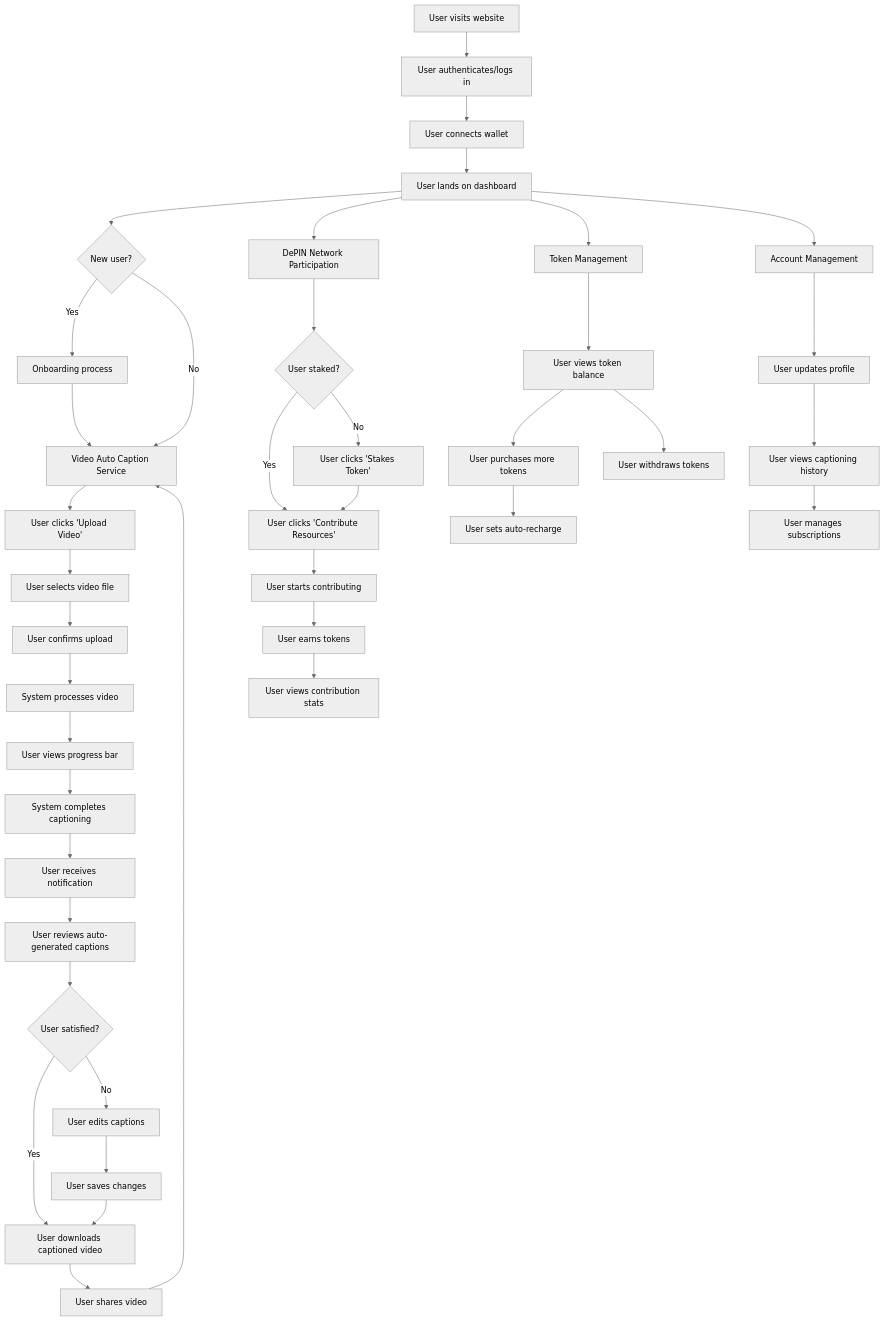
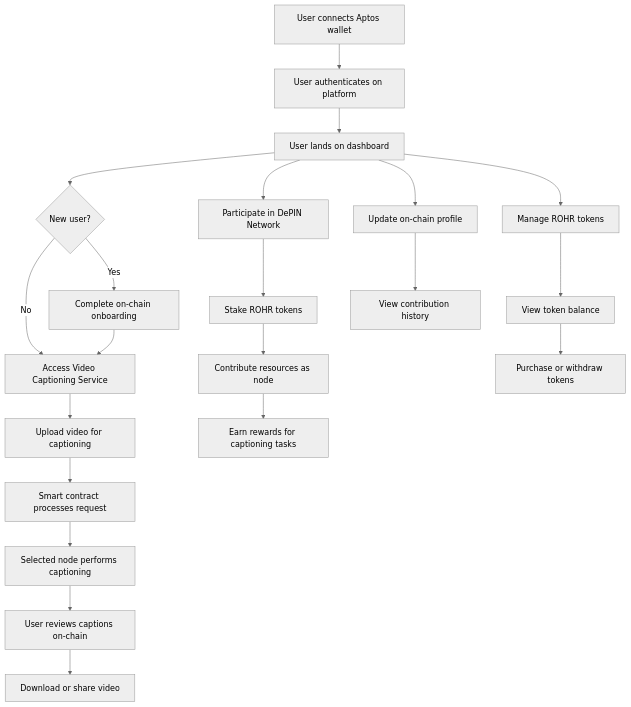
One commit to crystalrohr/web-demo changed the diagram in README.md. Above: the diagram before and after it, drawn with Mermaid (neutral theme). The commit also changed other lines of this file, not shown here.

````diff
--- a/README.md
+++ b/README.md
@@ -51,46 +41,23 @@
 ```mermaid
 graph TD
-    A[User visits website] --> B[User authenticates/logs in]
-    B --> C[User connects wallet]
-    C --> D[User lands on dashboard]
-
-    D --> E{New user?}
-    E -->|Yes| F[Onboarding process]
-    E -->|No| G[Video Auto Caption Service]
-    F --> G
-    G --> H[User clicks 'Upload Video']
-    H --> I[User selects video file]
-    I --> J[User confirms upload]
-    J --> K[System processes video]
-    K --> L[User views progress bar]
-    L --> M[System completes captioning]
-    M --> N[User receives notification]
-    N --> O[User reviews auto-generated captions]
-    O --> P{User satisfied?}
-    P -->|Yes| Q[User downloads captioned video]
-    P -->|No| R[User edits captions]
-    R --> S[User saves changes]
-    S --> Q
-    Q --> T[User shares video]
-    T --> G
-
-    D --> U[DePIN Network Participation]
-    U --> V{User staked?}
-    V --> |Yes| W[User clicks 'Contribute Resources']
-    V --> |No| X[User clicks 'Stakes Token']
-    X --> W
-    W --> Y[User starts contributing]
-    Y --> Z[User earns tokens]
-    Z --> AA[User views contribution stats]
-
-    D --> AB[Token Management]
-    AB --> AC[User views token balance]
-    AC --> AD[User purchases more tokens]
-    AD --> AE[User sets auto-recharge]
-    AC --> AF[User withdraws tokens]
-
-    D --> AG[Account Management]
-    AG --> AH[User updates profile]
-    AH --> AI[User views captioning history]
-    AI --> AJ[User manages subscriptions]
+    A[User connects Aptos wallet] --> B[User authenticates on platform]
+    B --> C[User lands on dashboard]
+    C --> D{New user?}
+    D -->|Yes| E[Complete on-chain onboarding]
+    D -->|No| F[Access Video Captioning Service]
+    E --> F
+    F --> G[Upload video for captioning]
+    G --> H[Smart contract processes request]
+    H --> I[Selected node performs captioning]
+    I --> J[User reviews captions on-chain]
+    J --> K[Download or share video]
+    C --> L[Participate in DePIN Network]
+    L --> M[Stake ROHR tokens]
+    M --> N[Contribute resources as node]
+    N --> O[Earn rewards for captioning tasks]
+    C --> P[Manage ROHR tokens]
+    P --> Q[View token balance]
+    Q --> R[Purchase or withdraw tokens]
+    C --> S[Update on-chain profile]
+    S --> T[View contribution history]
 ```
````
